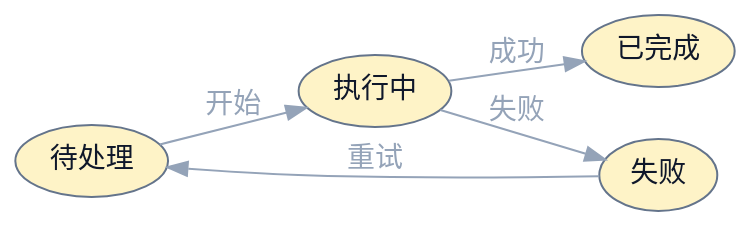
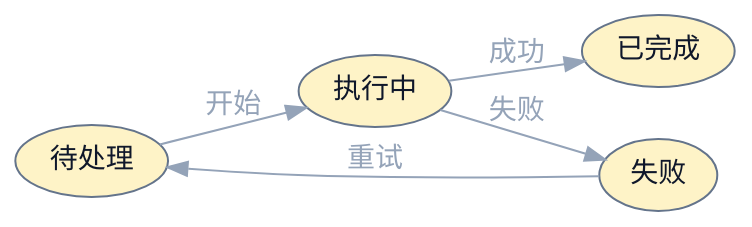
The third of 5 diagrams in skills/draw-dot/references/patterns.md (terencefan/inority-workspace), drawn with Graphviz before and after one commit. The commit also changed other lines of this file and 35 other files, not shown here.

````diff
--- a/skills/draw-dot/references/patterns.md
+++ b/skills/draw-dot/references/patterns.md
@@ -70,17 +70,17 @@
 ```dot
 digraph G {
-  graph [fontname="Noto Sans CJK SC", rankdir=LR, bgcolor="transparent"];
-  node [fontname="Noto Sans CJK SC", shape=ellipse, style="filled", color="#64748b", fontcolor="#0f172a", fillcolor="#fef3c7"];
-  edge [fontname="Noto Sans CJK SC", color="#94a3b8", fontcolor="#94a3b8"];
+  graph [rankdir=LR, bgcolor="transparent"];
+  node [shape=ellipse, style="filled", color="#64748b", fontcolor="#0f172a", fillcolor="#fef3c7"];
+  edge [color="#94a3b8", fontcolor="#94a3b8"];
 
   pending [label="待处理"];
   running [label="执行中"];
   success [label="已完成"];
   failed [label="失败"];
 
   pending -> running [label="开始"];
   running -> success [label="成功"];
   running -> failed [label="失败"];
   failed -> pending [label="重试"];
 }
 ```
````
